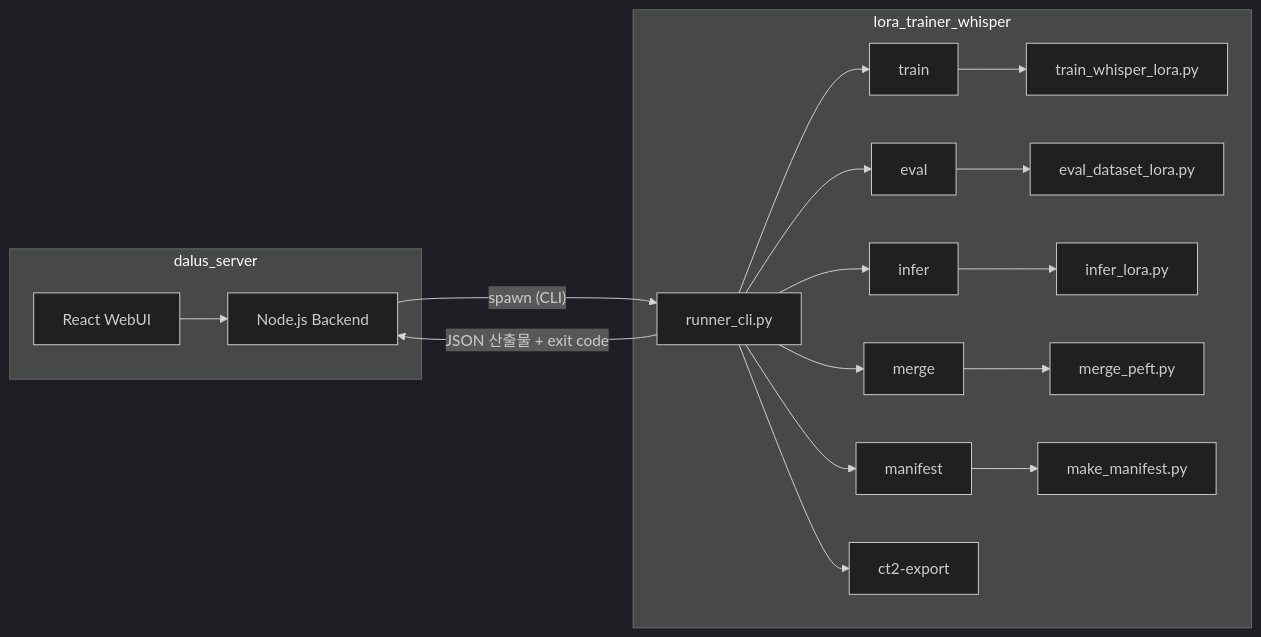
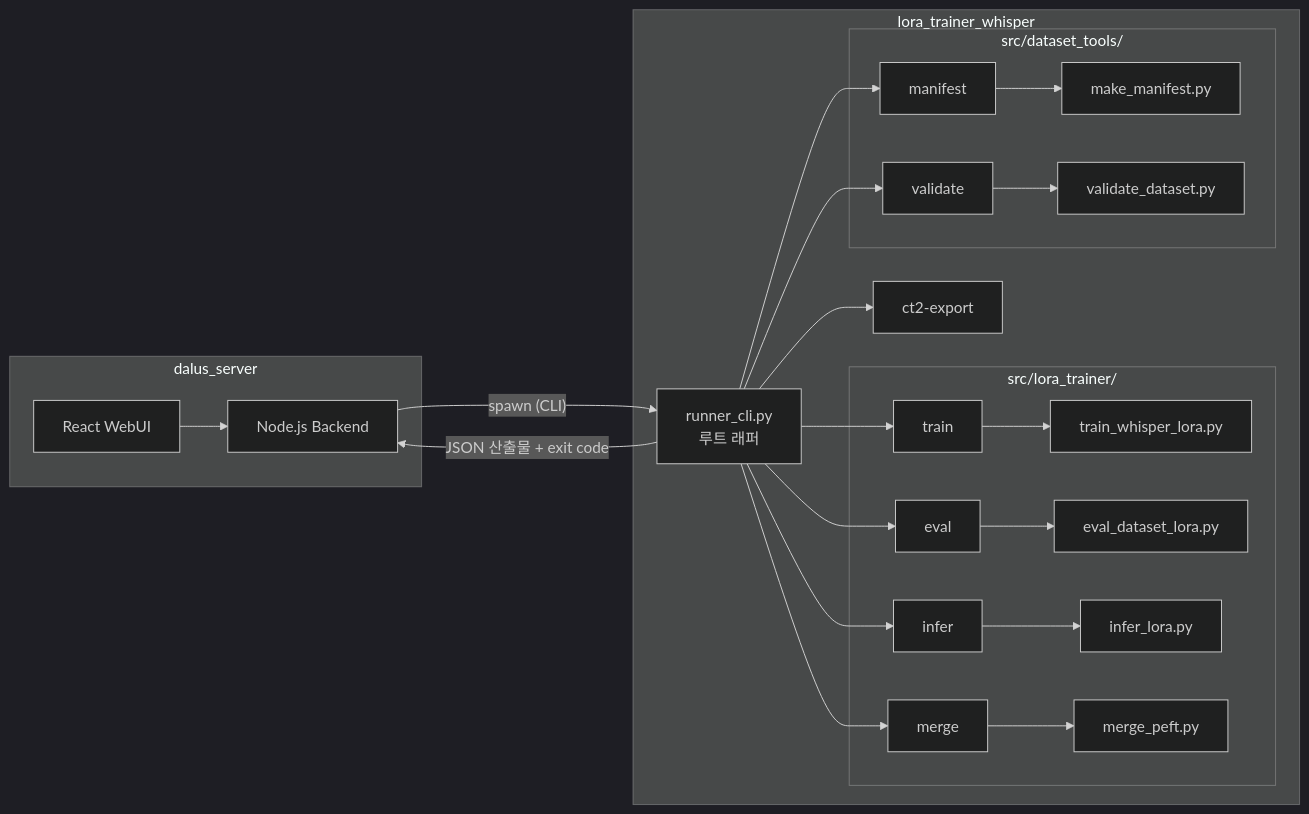
The first of 4 diagrams in README.md (gbox3d/lora_trainer_whisper), drawn with Mermaid (dark theme) before and after one commit. The commit also changed other lines of this file and 4 other files, not shown here.

````diff
--- a/README.md
+++ b/README.md
@@ -14,27 +30,34 @@
 ```mermaid
 graph LR
     subgraph dalus_server
         WebUI[React WebUI]
         Node[Node.js Backend]
     end
 
     subgraph lora_trainer_whisper
-        CLI[runner_cli.py]
+        CLI[runner_cli.py<br/>루트 래퍼]
         CLI --> manifest[manifest]
         CLI --> train[train]
         CLI --> eval[eval]
         CLI --> infer[infer]
         CLI --> merge[merge]
         CLI --> ct2[ct2-export]
+        CLI --> validate[validate]
 
-        train --> train_py[train_whisper_lora.py]
-        eval --> eval_py[eval_dataset_lora.py]
-        infer --> infer_py[infer_lora.py]
-        merge --> merge_py[merge_peft.py]
-        manifest --> manifest_py[make_manifest.py]
+        subgraph "src/lora_trainer/"
+            train --> train_py[train_whisper_lora.py]
+            eval --> eval_py[eval_dataset_lora.py]
+            infer --> infer_py[infer_lora.py]
+            merge --> merge_py[merge_peft.py]
+        end
+
+        subgraph "src/dataset_tools/"
+            manifest --> manifest_py[make_manifest.py]
+            validate --> validate_py[validate_dataset.py]
+        end
     end
 
     Node -- "spawn (CLI)" --> CLI
     CLI -- "JSON 산출물 + exit code" --> Node
     WebUI --> Node
 ```
````
